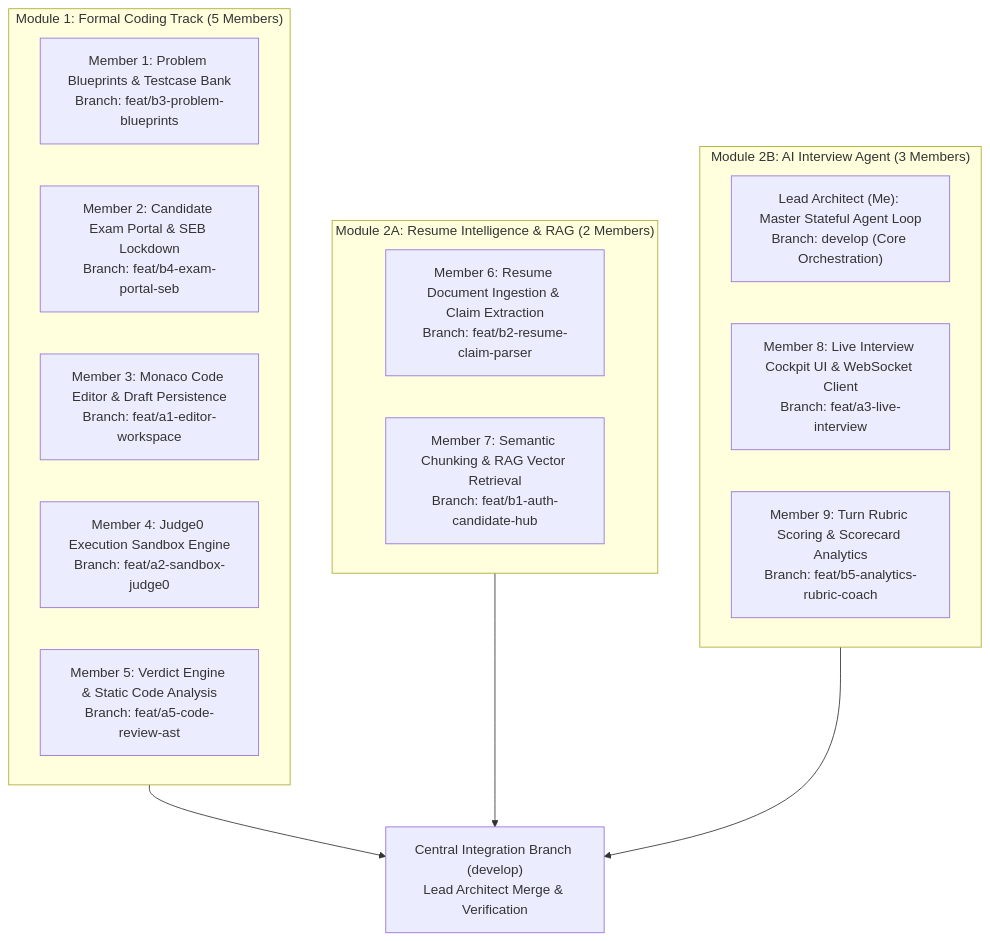
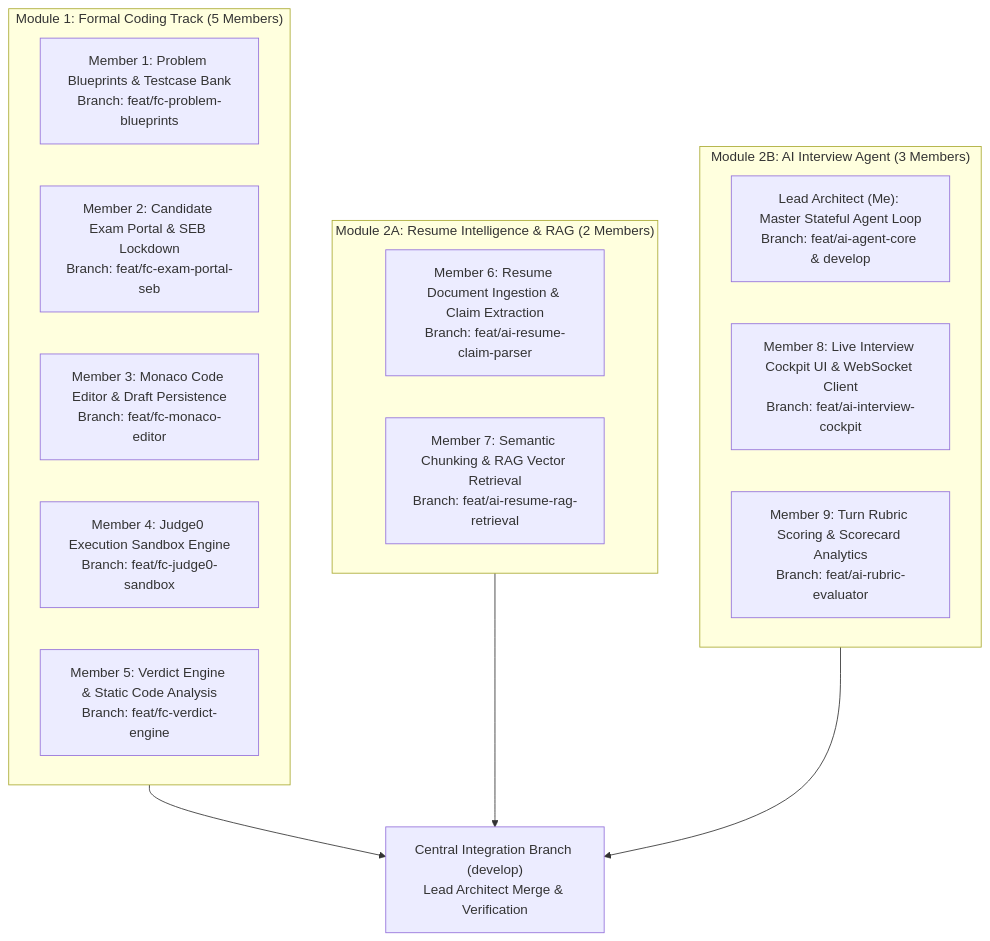
The first of 3 diagrams in plan.md (Prajeeth-12/project-08), drawn with Mermaid before and after one commit. The commit also changed other lines of this file, not shown here.

Commit message:
docs: sync plan.md with new GitHub branch names

````diff
--- a/plan.md
+++ b/plan.md
@@ -17,25 +17,25 @@
 ```mermaid
 flowchart TD
     subgraph Track1["Module 1: Formal Coding Track (5 Members)"]
-        M1["Member 1: Problem Blueprints & Testcase Bank<br/>Branch: feat/b3-problem-blueprints"]
-        M2["Member 2: Candidate Exam Portal & SEB Lockdown<br/>Branch: feat/b4-exam-portal-seb"]
-        M3["Member 3: Monaco Code Editor & Draft Persistence<br/>Branch: feat/a1-editor-workspace"]
-        M4["Member 4: Judge0 Execution Sandbox Engine<br/>Branch: feat/a2-sandbox-judge0"]
-        M5["Member 5: Verdict Engine & Static Code Analysis<br/>Branch: feat/a5-code-review-ast"]
+        M1["Member 1: Problem Blueprints & Testcase Bank<br/>Branch: feat/fc-problem-blueprints"]
+        M2["Member 2: Candidate Exam Portal & SEB Lockdown<br/>Branch: feat/fc-exam-portal-seb"]
+        M3["Member 3: Monaco Code Editor & Draft Persistence<br/>Branch: feat/fc-monaco-editor"]
+        M4["Member 4: Judge0 Execution Sandbox Engine<br/>Branch: feat/fc-judge0-sandbox"]
+        M5["Member 5: Verdict Engine & Static Code Analysis<br/>Branch: feat/fc-verdict-engine"]
     end
 
     subgraph Track2A["Module 2A: Resume Intelligence & RAG (2 Members)"]
-        M6["Member 6: Resume Document Ingestion & Claim Extraction<br/>Branch: feat/b2-resume-claim-parser"]
-        M7["Member 7: Semantic Chunking & RAG Vector Retrieval<br/>Branch: feat/b1-auth-candidate-hub"]
+        M6["Member 6: Resume Document Ingestion & Claim Extraction<br/>Branch: feat/ai-resume-claim-parser"]
+        M7["Member 7: Semantic Chunking & RAG Vector Retrieval<br/>Branch: feat/ai-resume-rag-retrieval"]
     end
 
     subgraph Track2B["Module 2B: AI Interview Agent (3 Members)"]
-        M_LEAD["Lead Architect (Me): Master Stateful Agent Loop<br/>Branch: develop (Core Orchestration)"]
-        M8["Member 8: Live Interview Cockpit UI & WebSocket Client<br/>Branch: feat/a3-live-interview"]
-        M9["Member 9: Turn Rubric Scoring & Scorecard Analytics<br/>Branch: feat/b5-analytics-rubric-coach"]
+        M_LEAD["Lead Architect (Me): Master Stateful Agent Loop<br/>Branch: feat/ai-agent-core & develop"]
+        M8["Member 8: Live Interview Cockpit UI & WebSocket Client<br/>Branch: feat/ai-interview-cockpit"]
+        M9["Member 9: Turn Rubric Scoring & Scorecard Analytics<br/>Branch: feat/ai-rubric-evaluator"]
     end
 
     Track1 --> INTEGRATION["Central Integration Branch (develop)<br/>Lead Architect Merge & Verification"]
     Track2A --> INTEGRATION
     Track2B --> INTEGRATION
 ```
````
